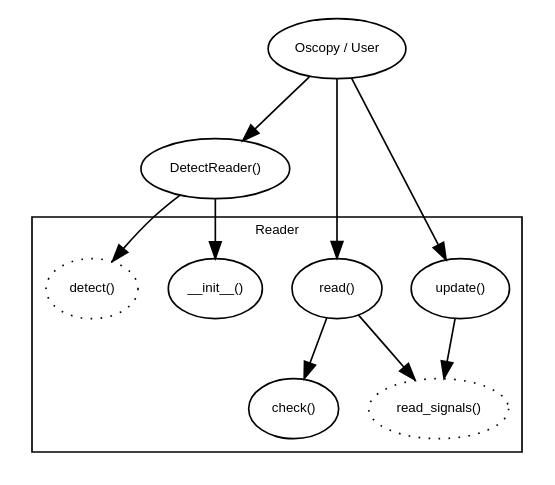
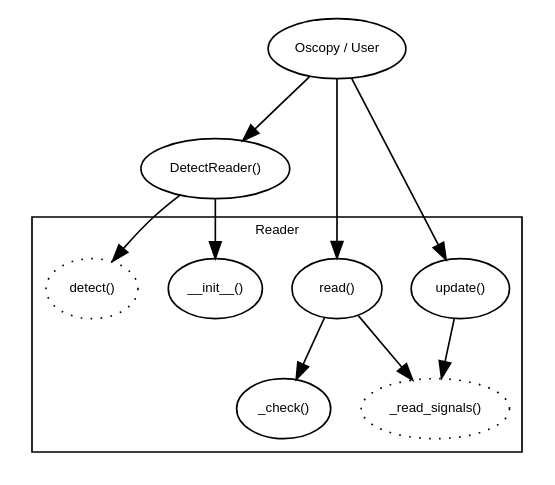
The diagram in doc/oscopy-api/dot/readers.dot (agardelein/oscopy), drawn with Graphviz before and after one commit. The commit also changed 2 other files, not shown here.

```diff
--- a/doc/oscopy-api/dot/readers.dot
+++ b/doc/oscopy-api/dot/readers.dot
@@ -1,22 +1,22 @@
 digraph readers {
 	node [fontname="Helvetica",fontsize=8] ;
 	rankdir=TB;
 	User [label="Oscopy / User"]
 	DetectReader [label="DetectReader()"]
 	subgraph cluster0 {
 		fontname="Helvetica";
 		fontsize=8 ;
 		label="Reader"
 		init [label="__init__()"]
 		detect [label="detect()",style=dotted]
-		read_sigs [label="read_signals()",style=dotted]
+		read_sigs [label="_read_signals()",style=dotted]
 		read [label="read()"]
 		update [label="update()"]
-		check [label="check()"]
+		check [label="_check()"]
 		}
 	User -> read -> read_sigs
 	User -> update -> read_sigs
 	User -> DetectReader -> detect
 	DetectReader -> init
 	read -> check
 }
```
